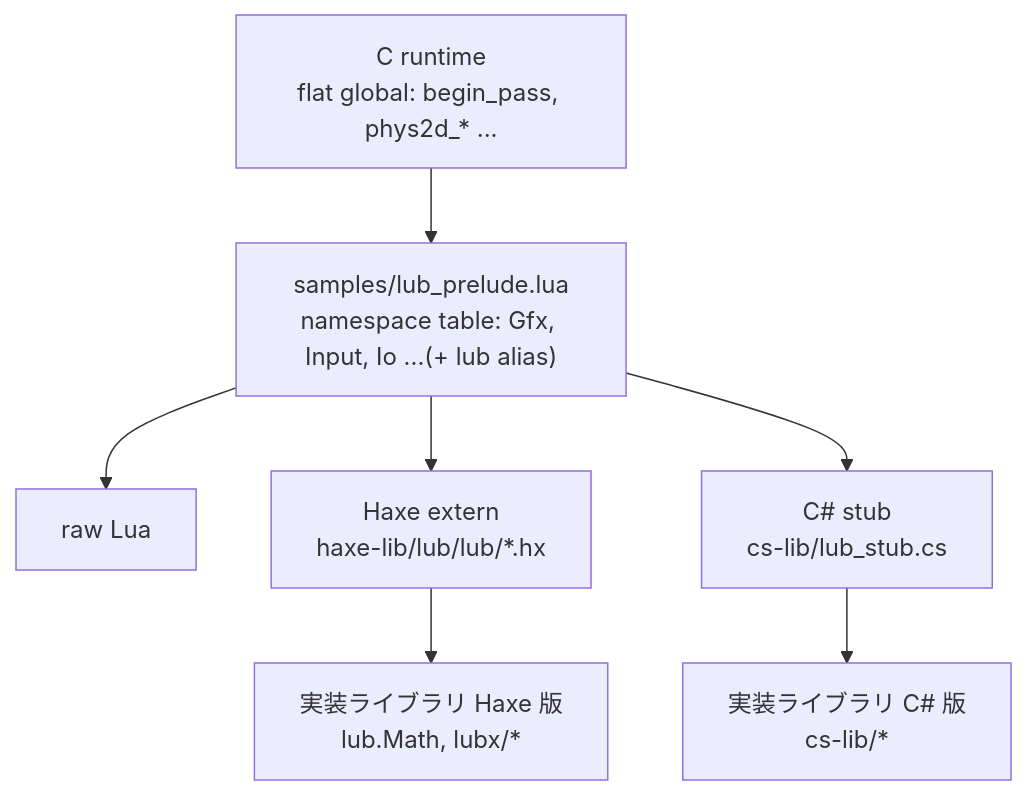
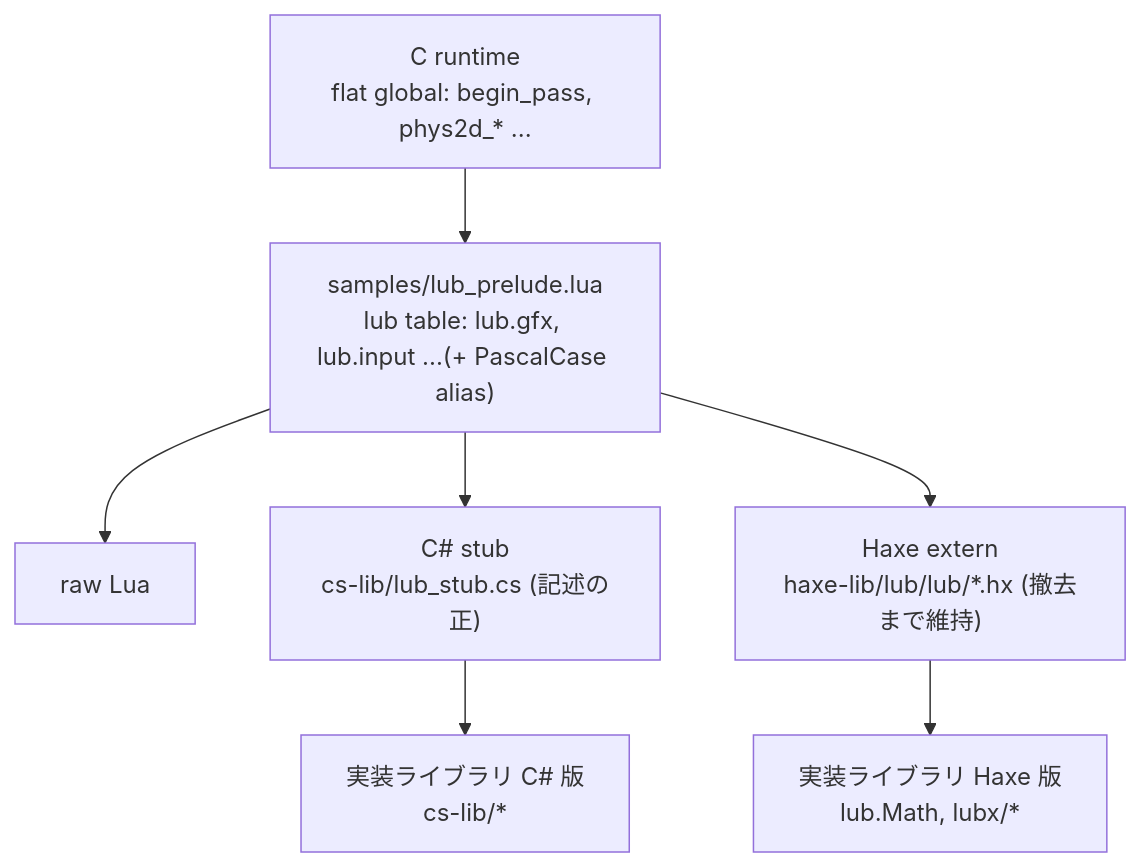
One commit to neguse/lub changed the diagram in docs/api-glue.md. Above: the diagram before and after it, drawn with Mermaid. The commit also changed other lines of this file and 70 other files, not shown here.

First line of the commit message:
feat: C# の API 面を PascalCase にして tcs の名前写像に乗せる

````diff
--- a/docs/api-glue.md
+++ b/docs/api-glue.md
@@ -9,9 +10,9 @@
 ```mermaid
 graph TD
-    C["C runtime<br/>flat global: begin_pass, phys2d_* ..."] --> P["samples/lub_prelude.lua<br/>namespace table: Gfx, Input, Io ...(+ lub alias)"]
+    C["C runtime<br/>flat global: begin_pass, phys2d_* ..."] --> P["samples/lub_prelude.lua<br/>lub table: lub.gfx, lub.input ...(+ PascalCase alias)"]
     P --> L[raw Lua]
-    P --> H["Haxe extern<br/>haxe-lib/lub/lub/*.hx"]
-    P --> S["C# stub<br/>cs-lib/lub_stub.cs"]
+    P --> S["C# stub<br/>cs-lib/lub_stub.cs (記述の正)"]
+    P --> H["Haxe extern<br/>haxe-lib/lub/lub/*.hx (撤去まで維持)"]
+    S --> CS["実装ライブラリ C# 版<br/>cs-lib/*"]
     H --> HX["実装ライブラリ Haxe 版<br/>lub.Math, lubx/*"]
-    S --> CS["実装ライブラリ C# 版<br/>cs-lib/*"]
 ```
````
